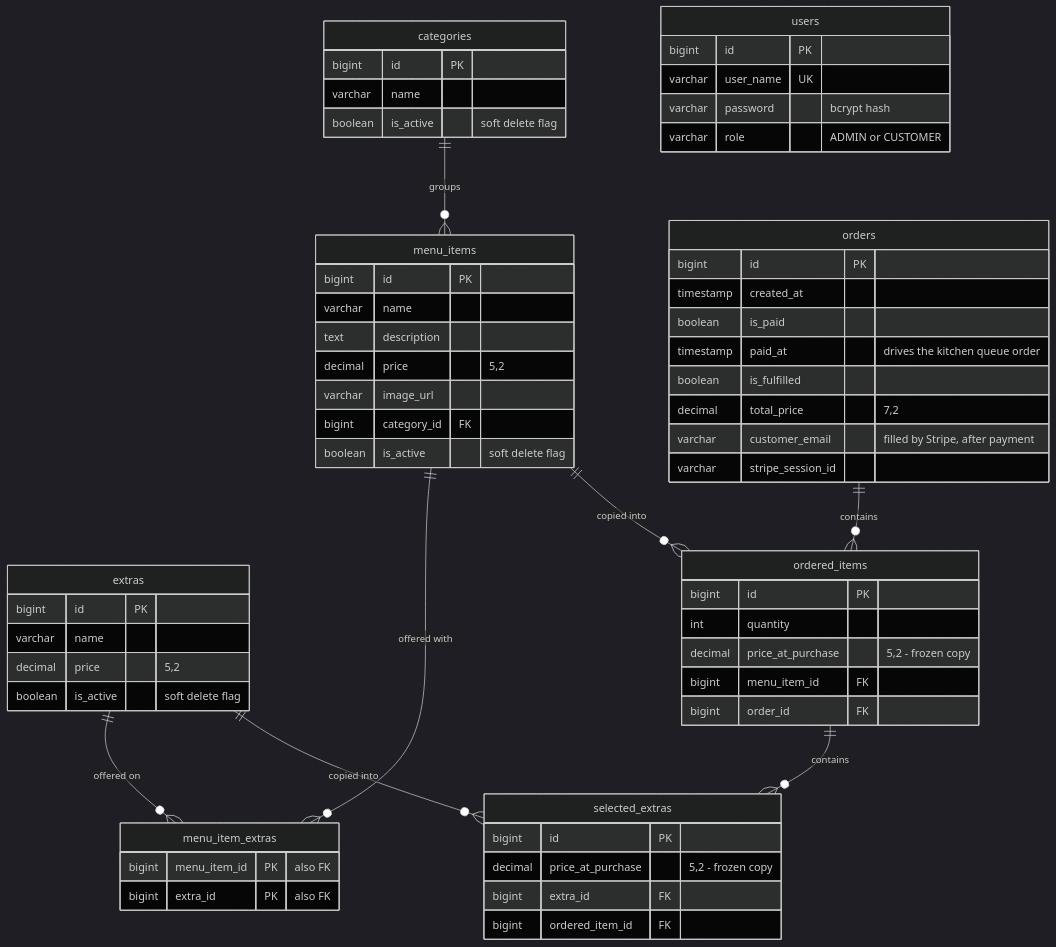
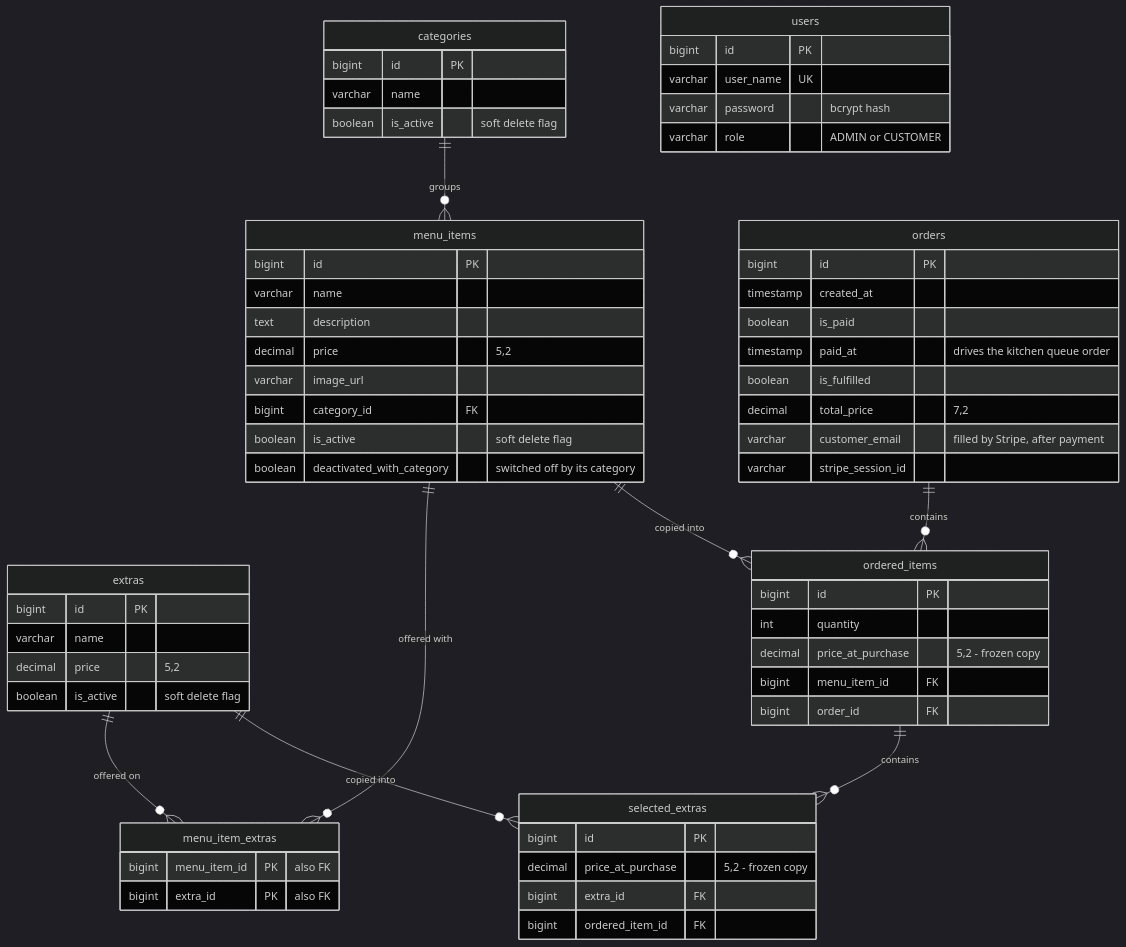
The diagram in docs/DATABASE.md (Mo3Ameen/order-api), drawn with Mermaid (dark theme) before and after one commit. The commit also changed other lines of this file, not shown here.

Commit message:
document the deactivated_with_category column (#21)

````diff
--- a/docs/DATABASE.md
+++ b/docs/DATABASE.md
@@ -7,71 +7,72 @@
 ```mermaid
 erDiagram
     categories {
         bigint  id PK
         varchar name
         boolean is_active "soft delete flag"
     }
 
     menu_items {
         bigint  id PK
         varchar name
         text    description
         decimal price "5,2"
         varchar image_url
         bigint  category_id FK
         boolean is_active "soft delete flag"
+        boolean deactivated_with_category "switched off by its category"
     }
 
     extras {
         bigint  id PK
         varchar name
         decimal price "5,2"
         boolean is_active "soft delete flag"
     }
 
     menu_item_extras {
         bigint menu_item_id PK "also FK"
         bigint extra_id     PK "also FK"
     }
 
     orders {
         bigint    id PK
         timestamp created_at
         boolean   is_paid
         timestamp paid_at "drives the kitchen queue order"
         boolean   is_fulfilled
         decimal   total_price "7,2"
         varchar   customer_email "filled by Stripe, after payment"
         varchar   stripe_session_id
     }
 
     ordered_items {
         bigint  id PK
         int     quantity
         decimal price_at_purchase "5,2 - frozen copy"
         bigint  menu_item_id FK
         bigint  order_id FK
     }
 
     selected_extras {
         bigint  id PK
         decimal price_at_purchase "5,2 - frozen copy"
         bigint  extra_id FK
         bigint  ordered_item_id FK
     }
 
     users {
         bigint  id PK
         varchar user_name UK
         varchar password "bcrypt hash"
         varchar role "ADMIN or CUSTOMER"
     }
 
     categories    ||--o{ menu_items       : "groups"
     menu_items    ||--o{ menu_item_extras : "offered with"
     extras        ||--o{ menu_item_extras : "offered on"
     orders        ||--o{ ordered_items    : "contains"
     ordered_items ||--o{ selected_extras  : "contains"
     menu_items    ||--o{ ordered_items    : "copied into"
     extras        ||--o{ selected_extras  : "copied into"
 ```
````
